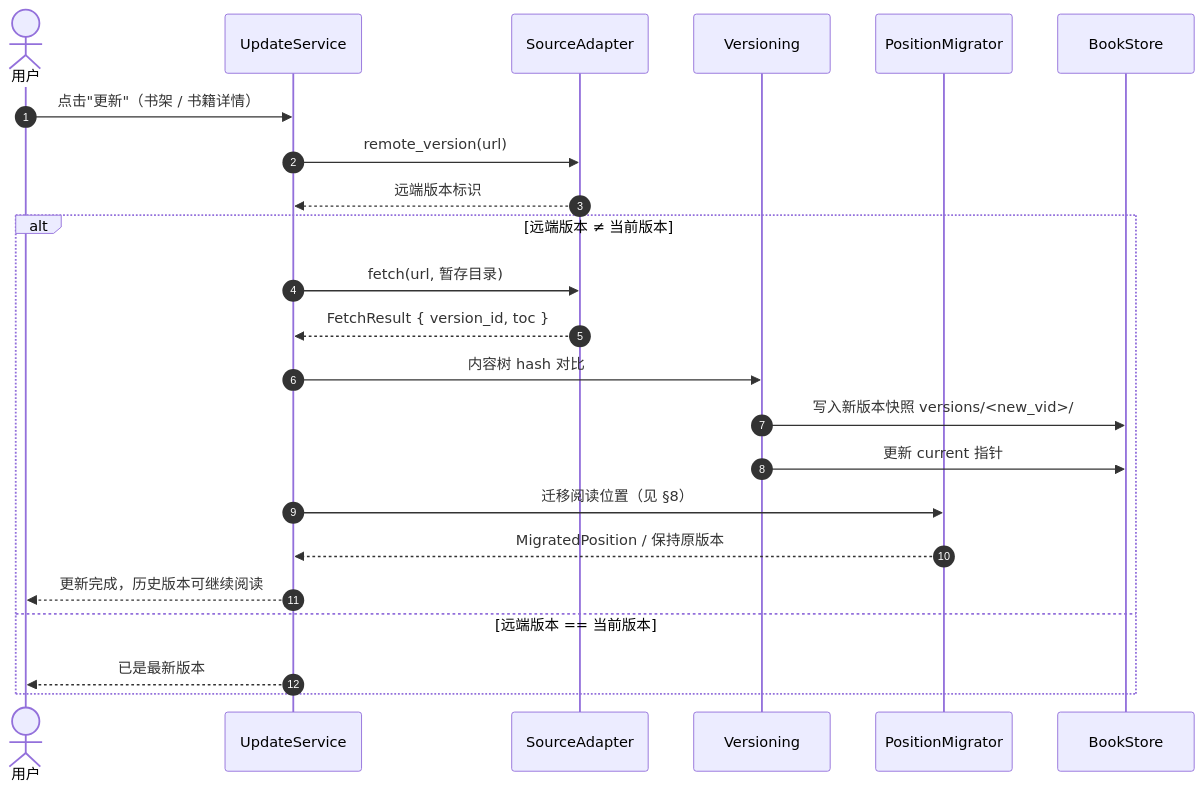
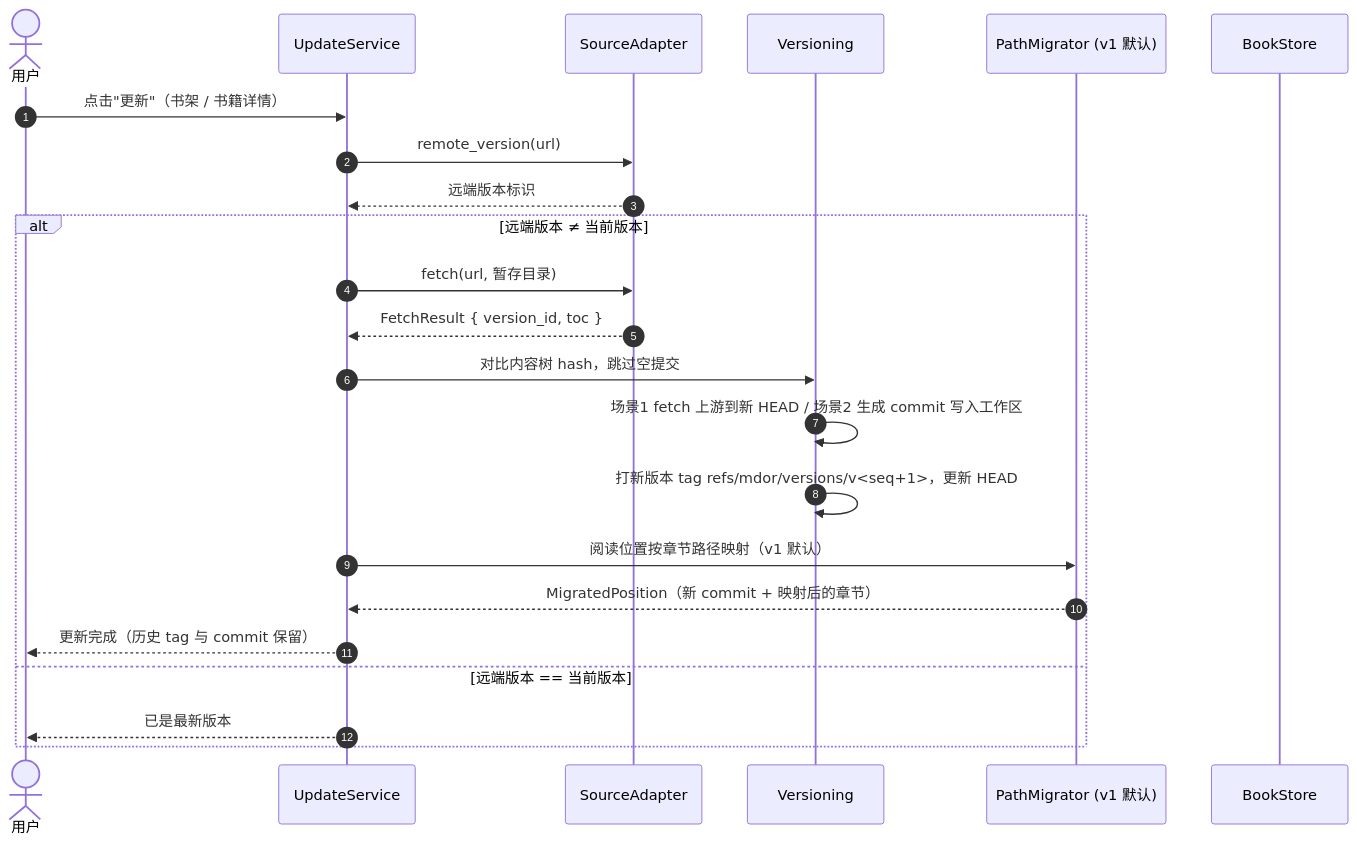
The fourth of 5 diagrams in doc/project.md (MNFConde/mdor), drawn with Mermaid before and after one commit. The commit also changed other lines of this file and 1 other file, not shown here.

````diff
--- a/doc/project.md
+++ b/doc/project.md
@@ -296,26 +339,26 @@
 ```mermaid
 sequenceDiagram
     autonumber
     actor U as 用户
     participant UP as UpdateService
     participant AD as SourceAdapter
     participant VER as Versioning
-    participant MIG as PositionMigrator
+    participant MIG as PathMigrator (v1 默认)
     participant BS as BookStore
 
     U->>UP: 点击"更新"（书架 / 书籍详情）
     UP->>AD: remote_version(url)
     AD-->>UP: 远端版本标识
     alt 远端版本 ≠ 当前版本
         UP->>AD: fetch(url, 暂存目录)
         AD-->>UP: FetchResult { version_id, toc }
-        UP->>VER: 内容树 hash 对比
-        VER->>BS: 写入新版本快照 versions/<new_vid>/
-        VER->>BS: 更新 current 指针
-        UP->>MIG: 迁移阅读位置（见 §8）
-        MIG-->>UP: MigratedPosition / 保持原版本
-        UP-->>U: 更新完成，历史版本可继续阅读
+        UP->>VER: 对比内容树 hash，跳过空提交
+        VER->>VER: 场景1 fetch 上游到新 HEAD / 场景2 生成 commit 写入工作区
+        VER->>VER: 打新版本 tag refs/mdor/versions/v<seq+1>，更新 HEAD
+        UP->>MIG: 阅读位置按章节路径映射（v1 默认）
+        MIG-->>UP: MigratedPosition（新 commit + 映射后的章节）
+        UP-->>U: 更新完成（历史 tag 与 commit 保留）
     else 远端版本 == 当前版本
         UP-->>U: 已是最新版本
     end
 ```
````
